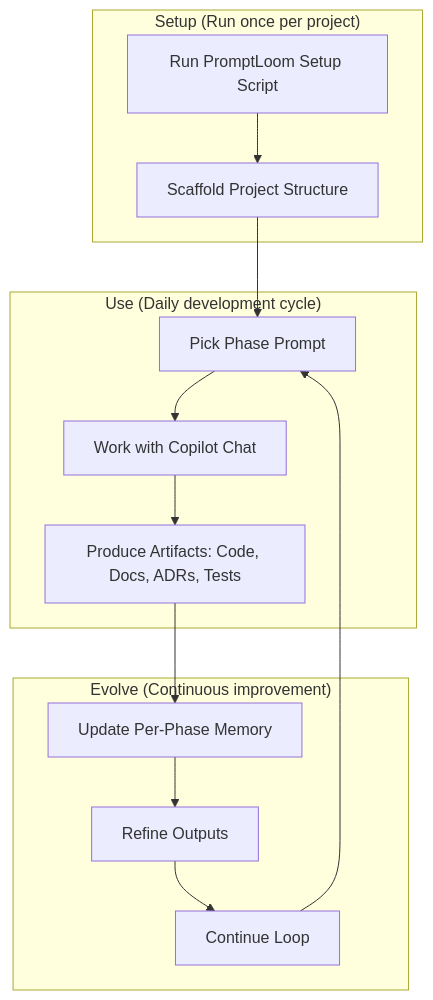
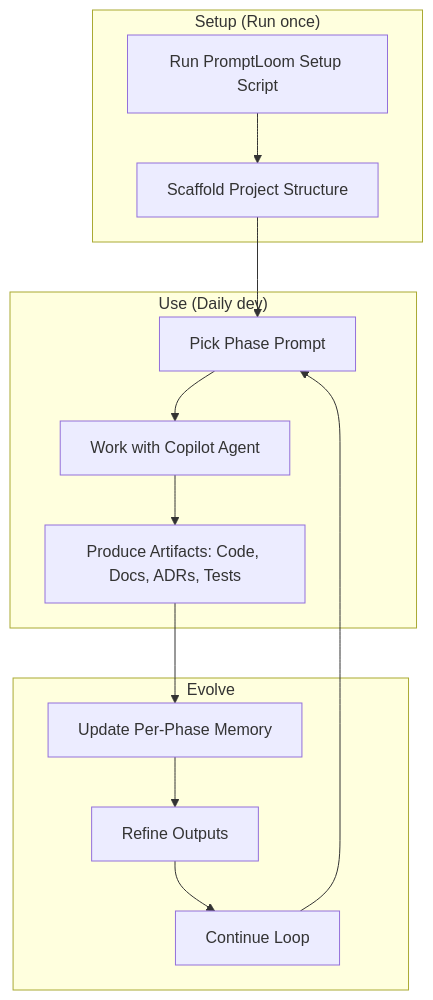
Before and after one commit to Code-and-Sorts/PromptLoom: the diagram in README.md, drawn with Mermaid. The commit also changed other lines of this file, not shown here.

Commit message:
refactor: Clean up README.md by removing unnecessary separators and updating flowchart labels for clarity

````diff
--- a/README.md
+++ b/README.md
@@ -20,20 +16,20 @@
 ```mermaid
 flowchart TD
-    subgraph "Setup (Run once per project)"
+    subgraph "Setup (Run once)"
         A[Run PromptLoom Setup Script] --> B[Scaffold Project Structure]
     end
 
-    subgraph "Use (Daily development cycle)"
-        C[Pick Phase Prompt] --> D[Work with Copilot Chat]
+    subgraph "Use (Daily dev)"
+        C[Pick Phase Prompt] --> D[Work with Copilot Agent]
         D --> E[Produce Artifacts: Code, Docs, ADRs, Tests]
     end
 
-    subgraph "Evolve (Continuous improvement)"
+    subgraph "Evolve"
         F[Update Per-Phase Memory] --> G[Refine Outputs]
         G --> H[Continue Loop]
     end
 
     B --> C
     E --> F
     H --> C
 ```
````
